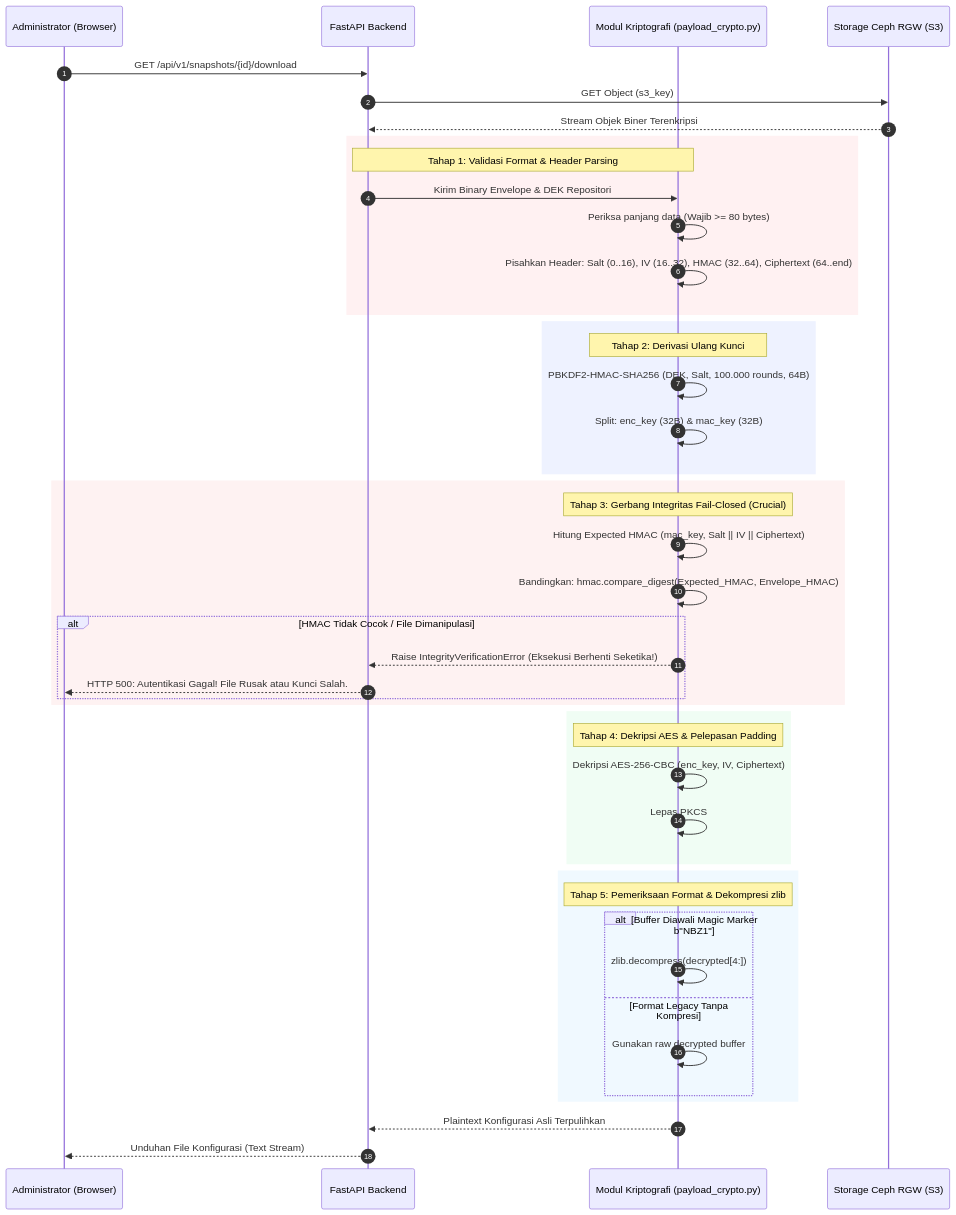
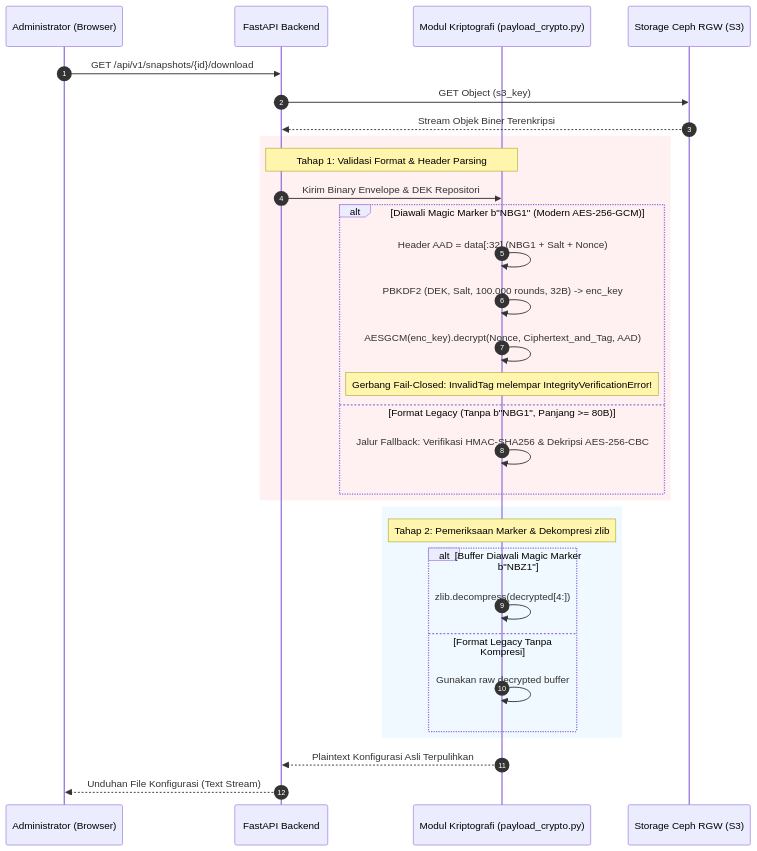
Before and after one commit to NugrohoAdySusanto/network-backup: the sixth of 6 diagrams in docs/DOKUMENTASI-LENGKAP-SISTEM-NETBACKUP.md, drawn with Mermaid. The commit also changed other lines of this file and 13 other files, not shown here.

Commit message:
feat: migrate payload encryption to AES-256-GCM AEAD with AAD envelope binding

````diff
--- a/docs/DOKUMENTASI-LENGKAP-SISTEM-NETBACKUP.md
+++ b/docs/DOKUMENTASI-LENGKAP-SISTEM-NETBACKUP.md
@@ -996,53 +993,37 @@
 ```mermaid
 sequenceDiagram
     autonumber
     participant ADM as Administrator (Browser)
     participant API as FastAPI Backend
     participant SEC as Modul Kriptografi (payload_crypto.py)
     participant S3 as Storage Ceph RGW (S3)
 
     ADM->>API: GET /api/v1/snapshots/{id}/download
     API->>S3: GET Object (s3_key)
     S3-->>API: Stream Objek Biner Terenkripsi
     
     rect rgb(255, 241, 242)
         Note over API,SEC: Tahap 1: Validasi Format & Header Parsing
         API->>SEC: Kirim Binary Envelope & DEK Repositori
-        SEC->>SEC: Periksa panjang data (Wajib >= 80 bytes)
-        SEC->>SEC: Pisahkan Header: Salt (0..16), IV (16..32), HMAC (32..64), Ciphertext (64..end)
-    end
-    
-    rect rgb(238, 242, 255)
-        Note over SEC: Tahap 2: Derivasi Ulang Kunci
-        SEC->>SEC: PBKDF2-HMAC-SHA256 (DEK, Salt, 100.000 rounds, 64B)
-        SEC->>SEC: Split: enc_key (32B) & mac_key (32B)
-    end
-    
-    rect rgb(254, 242, 242)
-        Note over SEC: Tahap 3: Gerbang Integritas Fail-Closed (Crucial)
-        SEC->>SEC: Hitung Expected HMAC (mac_key, Salt || IV || Ciphertext)
-        SEC->>SEC: Bandingkan: hmac.compare_digest(Expected_HMAC, Envelope_HMAC)
-        alt HMAC Tidak Cocok / File Dimanipulasi
-            SEC-->>API: Raise IntegrityVerificationError (Eksekusi Berhenti Seketika!)
-            API-->>ADM: HTTP 500: Autentikasi Gagal! File Rusak atau Kunci Salah.
+        alt Diawali Magic Marker b"NBG1" (Modern AES-256-GCM)
+            SEC->>SEC: Header AAD = data[:32] (NBG1 + Salt + Nonce)
+            SEC->>SEC: PBKDF2 (DEK, Salt, 100.000 rounds, 32B) -> enc_key
+            SEC->>SEC: AESGCM(enc_key).decrypt(Nonce, Ciphertext_and_Tag, AAD)
+            Note over SEC: Gerbang Fail-Closed: InvalidTag melempar IntegrityVerificationError!
+        else Format Legacy (Tanpa b"NBG1", Panjang >= 80B)
+            SEC->>SEC: Jalur Fallback: Verifikasi HMAC-SHA256 & Dekripsi AES-256-CBC
         end
     end
     
-    rect rgb(240, 253, 244)
-        Note over SEC: Tahap 4: Dekripsi AES & Pelepasan Padding
-        SEC->>SEC: Dekripsi AES-256-CBC (enc_key, IV, Ciphertext)
-        SEC->>SEC: Lepas PKCS#7 Padding
-    end
-    
     rect rgb(240, 249, 255)
-        Note over SEC: Tahap 5: Pemeriksaan Format & Dekompresi zlib
+        Note over SEC: Tahap 2: Pemeriksaan Marker & Dekompresi zlib
         alt Buffer Diawali Magic Marker b"NBZ1"
             SEC->>SEC: zlib.decompress(decrypted[4:])
         else Format Legacy Tanpa Kompresi
             SEC->>SEC: Gunakan raw decrypted buffer
         end
     end
     
     SEC-->>API: Plaintext Konfigurasi Asli Terpulihkan
     API-->>ADM: Unduhan File Konfigurasi (Text Stream)
 ```
````
